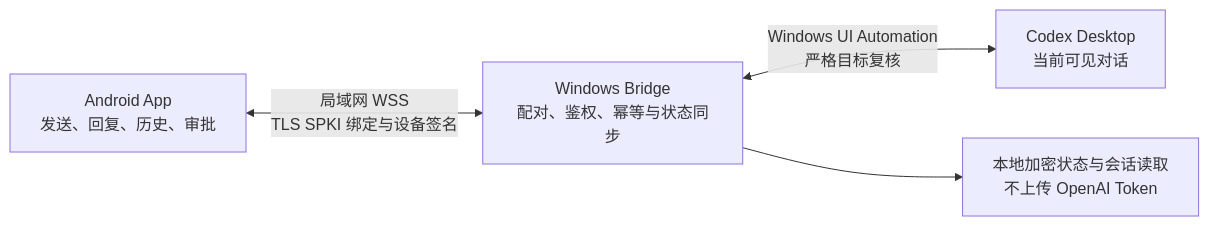
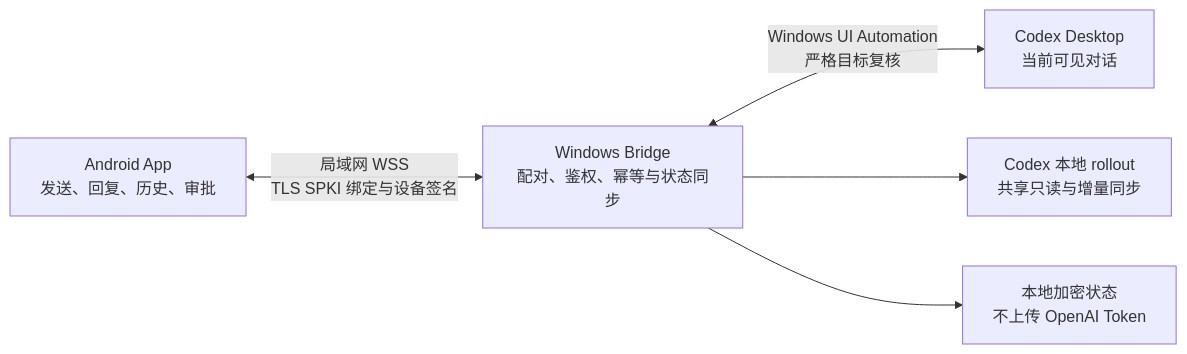
Before and after one commit to yufeiyufei888/codex-micro-mobile-bridge: the diagram in README.md, drawn with Mermaid. The commit also changed other lines of this file and 29 other files, not shown here.

````diff
--- a/README.md
+++ b/README.md
@@ -9,6 +11,7 @@
 ```mermaid
 flowchart LR
     A["Android App<br/>发送、回复、历史、审批"] <-->|"局域网 WSS<br/>TLS SPKI 绑定与设备签名"| B["Windows Bridge<br/>配对、鉴权、幂等与状态同步"]
     B <-->|"Windows UI Automation<br/>严格目标复核"| C["Codex Desktop<br/>当前可见对话"]
-    B --> D["本地加密状态与会话读取<br/>不上传 OpenAI Token"]
+    B --> D["Codex 本地 rollout<br/>共享只读与增量同步"]
+    B --> E["本地加密状态<br/>不上传 OpenAI Token"]
 ```
````
